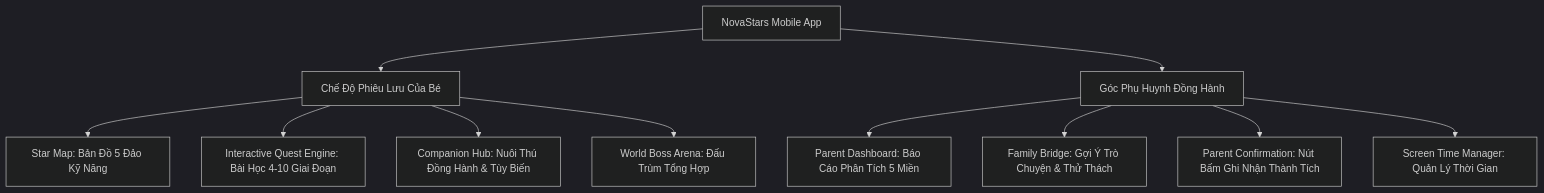
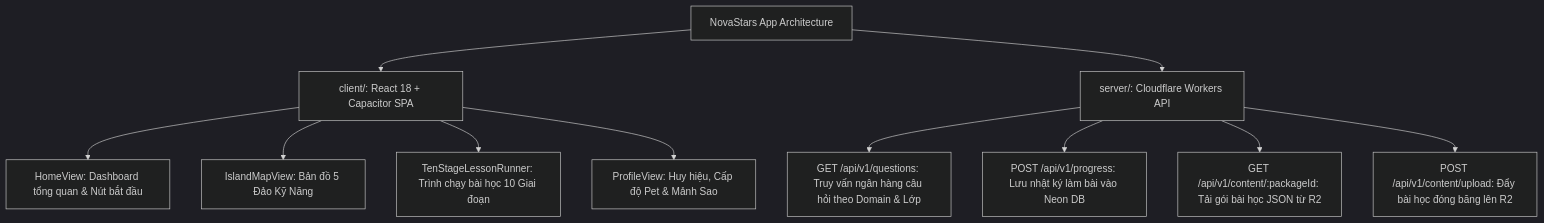
One commit to quocnt85/apptieuhoc changed the second of 2 diagrams in docs/PRD_V2/01_PRODUCT_VISION_AND_PERSONAS.md. Above: the diagram before and after it, drawn with Mermaid (dark theme). The commit also changed other lines of this file and 3 other files, not shown here.

Commit message:
docs: update PRD_V2 master files to v2.1.0 reflecting 10-stage NLAS, 125 skills and full-stack React/Capacitor/Cloudflare architecture

````diff
--- a/docs/PRD_V2/01_PRODUCT_VISION_AND_PERSONAS.md
+++ b/docs/PRD_V2/01_PRODUCT_VISION_AND_PERSONAS.md
@@ -102,15 +91,15 @@
 ```mermaid
 graph TD
-    App[NovaStars Mobile App] --> ModeA[Chế Độ Phiêu Lưu Của Bé]
-    App --> ModeB[Góc Phụ Huynh Đồng Hành]
+    App[NovaStars App Architecture] --> ClientApp[client/: React 18 + Capacitor SPA]
+    App --> ServerAPI[server/: Cloudflare Workers API]
     
-    ModeA --> F1[Star Map: Bản Đồ 5 Đảo Kỹ Năng]
-    ModeA --> F2[Interactive Quest Engine: Bài Học 4-10 Giai Đoạn]
-    ModeA --> F3[Companion Hub: Nuôi Thú Đồng Hành & Tùy Biến]
-    ModeA --> F4[World Boss Arena: Đấu Trùm Tổng Hợp]
+    ClientApp --> V1[HomeView: Dashboard tổng quan & Nút bắt đầu]
+    ClientApp --> V2[IslandMapView: Bản đồ 5 Đảo Kỹ Năng]
+    ClientApp --> V3[TenStageLessonRunner: Trình chạy bài học 10 Giai đoạn]
+    ClientApp --> V4[ProfileView: Huy hiệu, Cấp độ Pet & Mảnh Sao]
     
-    ModeB --> P1[Parent Dashboard: Báo Cáo Phân Tích 5 Miền]
-    ModeB --> P2[Family Bridge: Gợi Ý Trò Chuyện & Thử Thách]
-    ModeB --> P3[Parent Confirmation: Nút Bấm Ghi Nhận Thành Tích]
-    ModeB --> P4[Screen Time Manager: Quản Lý Thời Gian]
+    ServerAPI --> E1[GET /api/v1/questions: Truy vấn ngân hàng câu hỏi theo Domain & Lớp]
+    ServerAPI --> E2[POST /api/v1/progress: Lưu nhật ký làm bài vào Neon DB]
+    ServerAPI --> E3[GET /api/v1/content/:packageId: Tải gói bài học JSON từ R2]
+    ServerAPI --> E4[POST /api/v1/content/upload: Đẩy bài học đóng băng lên R2]
 ```
````
